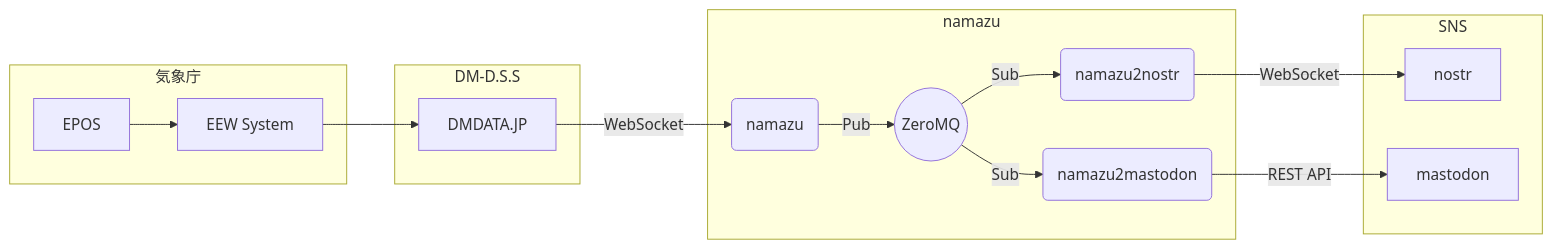
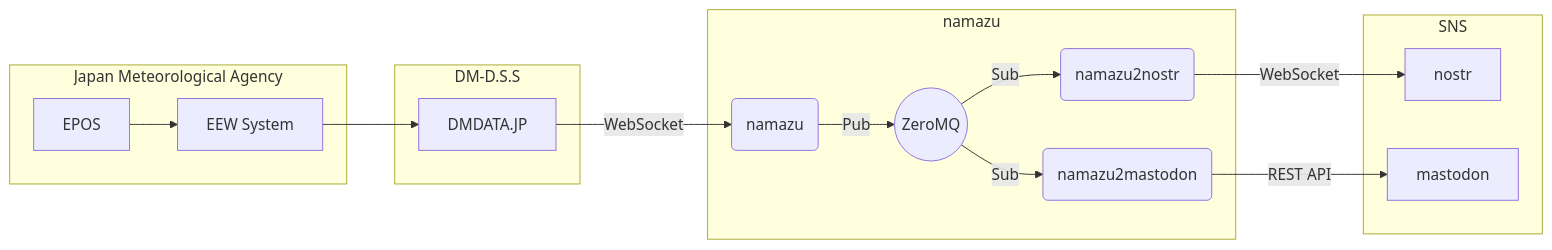
Before and after one commit to matsuu/namazu: the diagram in README.md, drawn with Mermaid.

````diff
--- a/README.md
+++ b/README.md
@@ -7,21 +7,21 @@
 ```mermaid
 flowchart LR
-  subgraph 気象庁
+  subgraph Japan Meteorological Agency
     J[EPOS]-->E[EEW System]
   end
     E-->D[DMDATA.JP]
   subgraph DM-D.S.S
     D
   end
   D--WebSocket-->N(namazu)
   subgraph namazu
     N--Pub-->Z((ZeroMQ))
     Z--Sub--> NN(namazu2nostr) & NM(namazu2mastodon)
   end
   NN--WebSocket-->SN[nostr]
   NM--REST API-->SM[mastodon]
   subgraph SNS
     SN
     SM
   end
 ```
````
